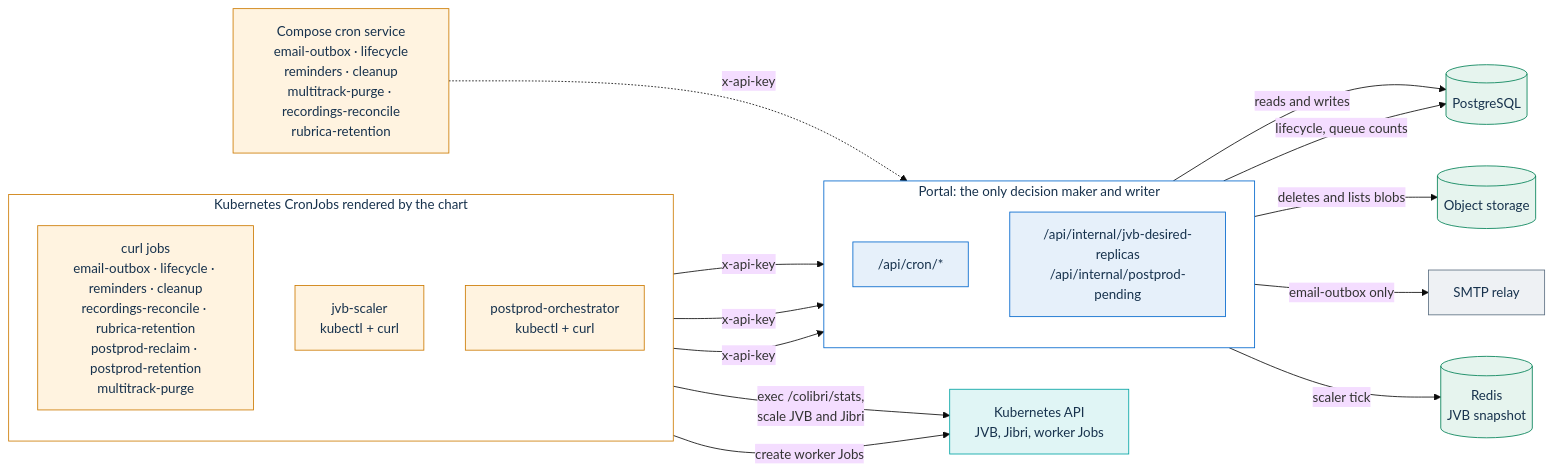
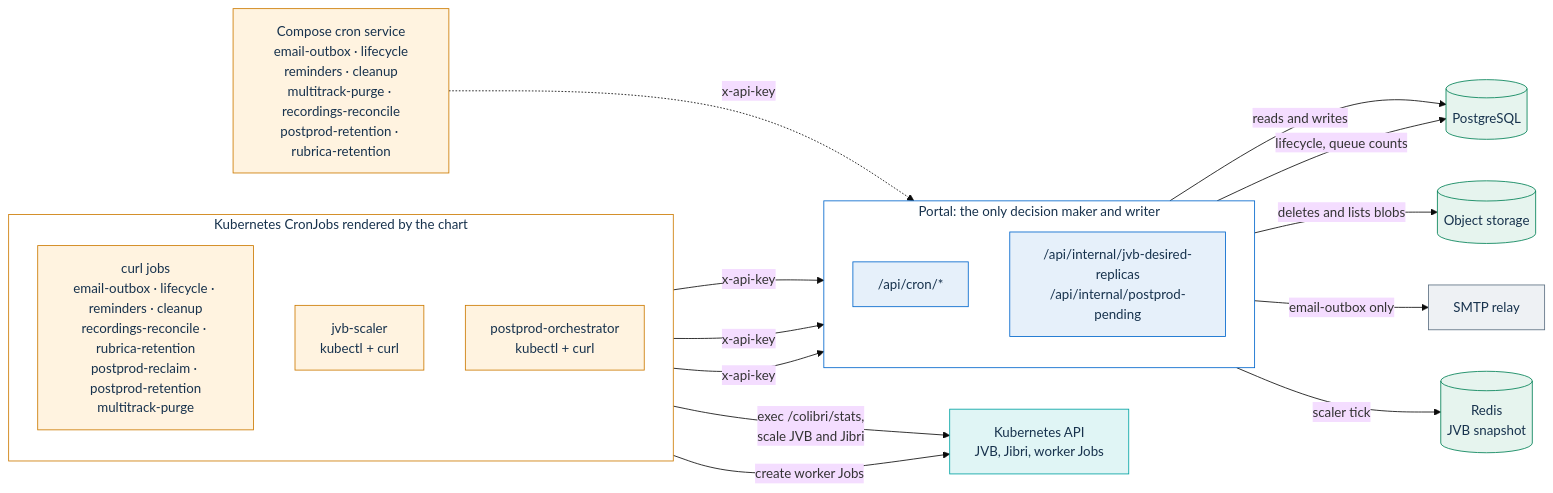
One commit to italia/pa-webinar changed the first of 3 diagrams in docs/architecture/background-jobs.md. Above: the diagram before and after it, drawn with Mermaid (base theme). The commit also changed other lines of this file and 9 other files, not shown here.

````diff
--- a/docs/architecture/background-jobs.md
+++ b/docs/architecture/background-jobs.md
@@ -27,42 +27,42 @@
 ```mermaid
 flowchart LR
   subgraph K8S["Kubernetes CronJobs rendered by the chart"]
     direction TB
     CURL["curl jobs<br/>email-outbox · lifecycle · reminders · cleanup<br/>recordings-reconcile · rubrica-retention<br/>postprod-reclaim · postprod-retention<br/>multitrack-purge"]:::job
     SCALER["jvb-scaler<br/>kubectl + curl"]:::job
     ORCH["postprod-orchestrator<br/>kubectl + curl"]:::job
   end
-  COMPOSE["Compose cron service<br/>email-outbox · lifecycle<br/>reminders · cleanup<br/>multitrack-purge · recordings-reconcile<br/>rubrica-retention"]:::job
+  COMPOSE["Compose cron service<br/>email-outbox · lifecycle<br/>reminders · cleanup<br/>multitrack-purge · recordings-reconcile<br/>postprod-retention · rubrica-retention"]:::job
 
   subgraph PORTAL["Portal: the only decision maker and writer"]
     direction TB
     CRON["/api/cron/*"]:::portal
     INTERNAL["/api/internal/jvb-desired-replicas<br/>/api/internal/postprod-pending"]:::portal
   end
 
   PG[("PostgreSQL")]:::data
   OBJ[("Object storage")]:::data
   RD[("Redis<br/>JVB snapshot")]:::data
   SMTP["SMTP relay"]:::ext
   KAPI["Kubernetes API<br/>JVB, Jibri, worker Jobs"]:::media
 
   CURL -->|"x-api-key"| CRON
   COMPOSE -.->|"x-api-key"| CRON
   SCALER -->|"x-api-key"| INTERNAL
   ORCH -->|"x-api-key"| INTERNAL
   CRON -->|"reads and writes"| PG
   CRON -->|"deletes and lists blobs"| OBJ
   CRON -->|"email-outbox only"| SMTP
   INTERNAL -->|"lifecycle, queue counts"| PG
   INTERNAL -->|"scaler tick"| RD
   SCALER -->|"exec /colibri/stats,<br/>scale JVB and Jibri"| KAPI
   ORCH -->|"create worker Jobs"| KAPI
 
   classDef job fill:#FFF3E0,stroke:#CC7A00,color:#17324D
   classDef portal fill:#E6F0FA,stroke:#0066CC,color:#17324D
   classDef data fill:#E6F4EE,stroke:#008055,color:#17324D
   classDef ext fill:#EEF1F4,stroke:#5C6F82,color:#17324D
   classDef media fill:#E0F5F5,stroke:#00A3A3,color:#17324D
   style K8S fill:#FFFFFF,stroke:#CC7A00,color:#17324D
   style PORTAL fill:#FFFFFF,stroke:#0066CC,color:#17324D
 ```
````
